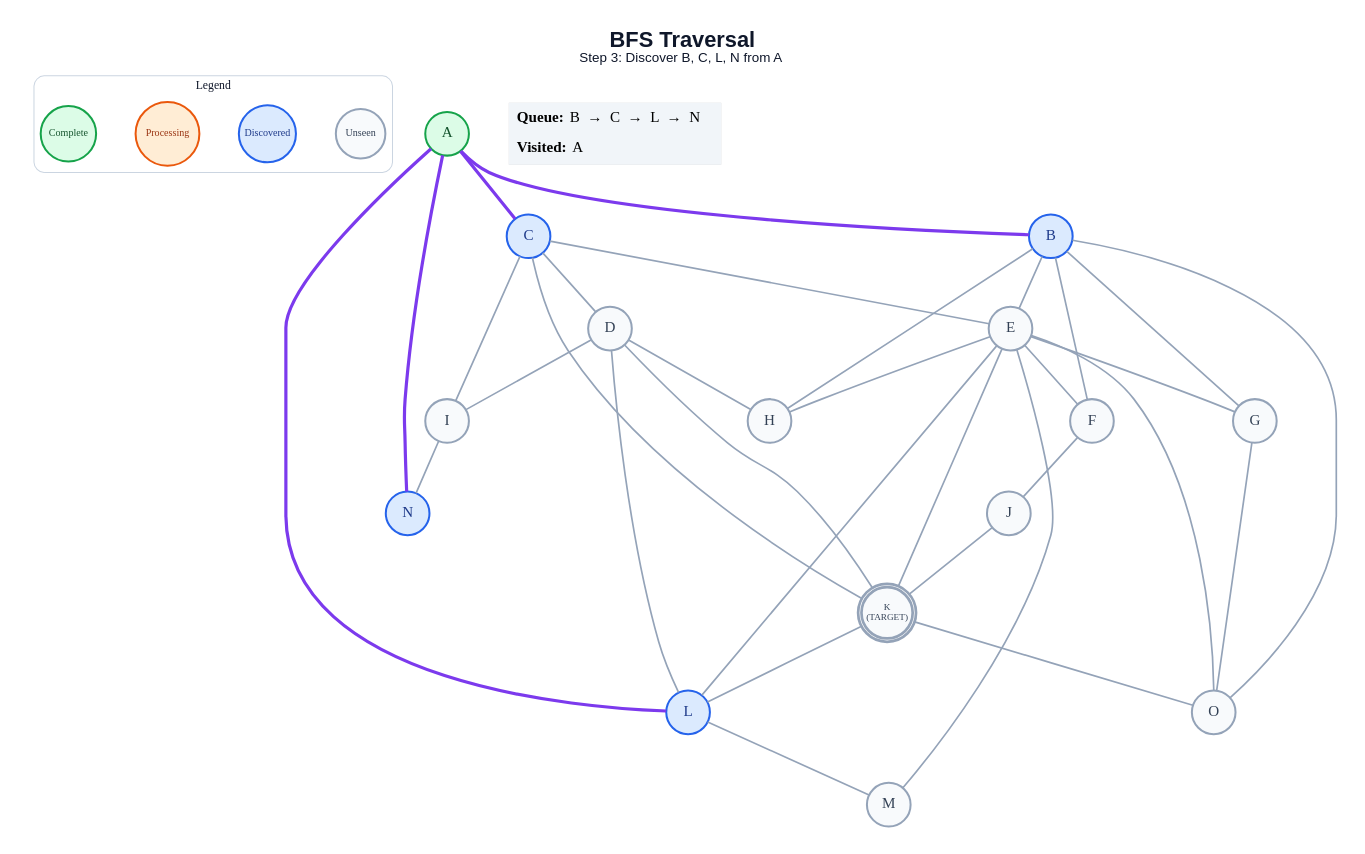
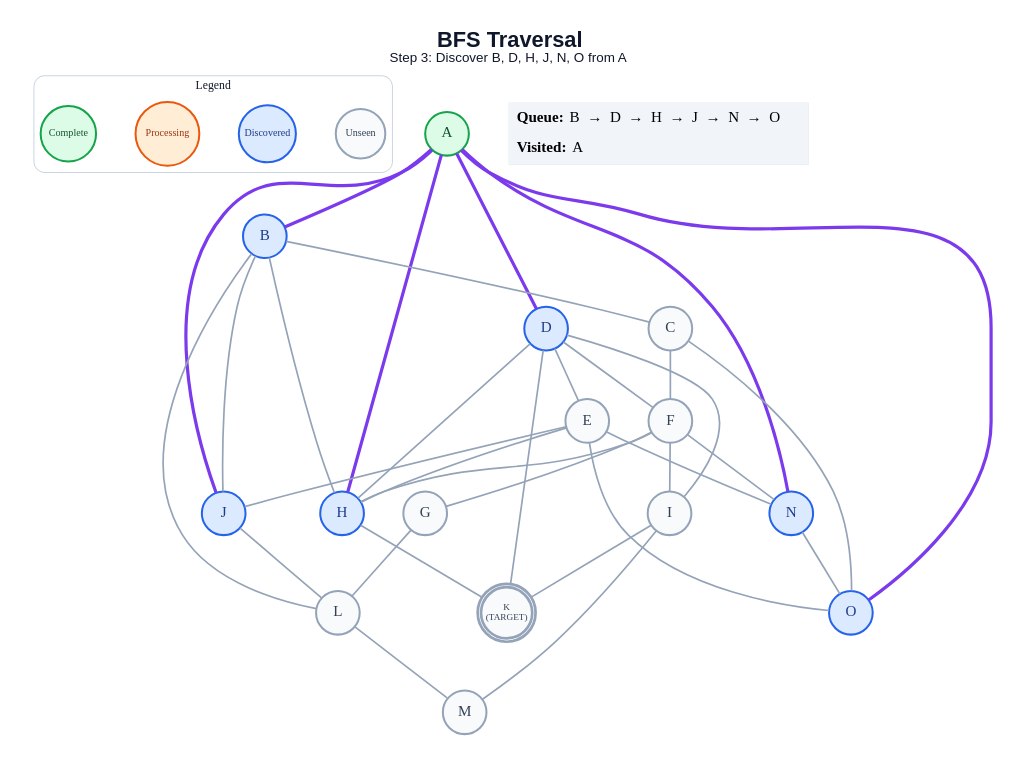
One commit to anon7238593-create/ai-slop changed the diagram in generated/specific-node/bfs/step_03.dot. Above: the diagram before and after it, drawn with Graphviz. The commit also changed 235 other files, not shown here.

```diff
--- a/generated/specific-node/bfs/step_03.dot
+++ b/generated/specific-node/bfs/step_03.dot
@@ -1,65 +1,66 @@
 graph traversal {
   graph [layout=dot, rankdir=TB, bgcolor="#FFFFFF", pad="0.35", nodesep="0.65", ranksep="0.8", fontname="Arial"];
   node [shape=circle, style="filled", fontname="Arial Bold", fontsize=18, width=0.72, fixedsize=true, penwidth=2.4];
   edge [color="#94A3B8", penwidth=2.0];
-  label=<<B>BFS Traversal</B><BR/><FONT POINT-SIZE="16">Step 3: Discover B, C, L, N from A</FONT>>; labelloc="t"; fontsize=26; fontname="Arial"; fontcolor="#0F172A";
+  label=<<B>BFS Traversal</B><BR/><FONT POINT-SIZE="16">Step 3: Discover B, D, H, J, N, O from A</FONT>>; labelloc="t"; fontsize=26; fontname="Arial"; fontcolor="#0F172A";
   subgraph cluster_legend { label="Legend"; color="#CBD5E1"; penwidth=1.2; style="rounded"; fontsize=14; fontname="Arial Bold";
     key_unseen [label="Unseen", fillcolor="#F8FAFC", color="#94A3B8", fontcolor="#334155", fontsize=12, width=0.82];
     key_frontier [label="Discovered", fillcolor="#DBEAFE", color="#2563EB", fontcolor="#1E3A8A", fontsize=12, width=0.95];
     key_current [label="Processing", fillcolor="#FFEDD5", color="#EA580C", fontcolor="#9A3412", fontsize=12, width=1.05];
     key_done [label="Complete", fillcolor="#DCFCE7", color="#16A34A", fontcolor="#14532D", fontsize=12, width=0.92];
     { rank=same; key_unseen; key_frontier; key_current; key_done; }
   }
   A [label="A", fillcolor="#DCFCE7", color="#16A34A", fontcolor="#14532D", peripheries=1, penwidth=2.4];
   B [label="B", fillcolor="#DBEAFE", color="#2563EB", fontcolor="#1E3A8A", peripheries=1, penwidth=2.4];
-  C [label="C", fillcolor="#DBEAFE", color="#2563EB", fontcolor="#1E3A8A", peripheries=1, penwidth=2.4];
-  D [label="D", fillcolor="#F8FAFC", color="#94A3B8", fontcolor="#334155", peripheries=1, penwidth=2.4];
+  C [label="C", fillcolor="#F8FAFC", color="#94A3B8", fontcolor="#334155", peripheries=1, penwidth=2.4];
+  D [label="D", fillcolor="#DBEAFE", color="#2563EB", fontcolor="#1E3A8A", peripheries=1, penwidth=2.4];
   E [label="E", fillcolor="#F8FAFC", color="#94A3B8", fontcolor="#334155", peripheries=1, penwidth=2.4];
   F [label="F", fillcolor="#F8FAFC", color="#94A3B8", fontcolor="#334155", peripheries=1, penwidth=2.4];
   G [label="G", fillcolor="#F8FAFC", color="#94A3B8", fontcolor="#334155", peripheries=1, penwidth=2.4];
-  H [label="H", fillcolor="#F8FAFC", color="#94A3B8", fontcolor="#334155", peripheries=1, penwidth=2.4];
+  H [label="H", fillcolor="#DBEAFE", color="#2563EB", fontcolor="#1E3A8A", peripheries=1, penwidth=2.4];
   I [label="I", fillcolor="#F8FAFC", color="#94A3B8", fontcolor="#334155", peripheries=1, penwidth=2.4];
-  J [label="J", fillcolor="#F8FAFC", color="#94A3B8", fontcolor="#334155", peripheries=1, penwidth=2.4];
+  J [label="J", fillcolor="#DBEAFE", color="#2563EB", fontcolor="#1E3A8A", peripheries=1, penwidth=2.4];
   K [label="K\n(TARGET)", fillcolor="#F8FAFC", color="#94A3B8", fontcolor="#334155", peripheries=2, penwidth=3.2, fontsize=11, width=0.85, height=0.85];
-  L [label="L", fillcolor="#DBEAFE", color="#2563EB", fontcolor="#1E3A8A", peripheries=1, penwidth=2.4];
+  L [label="L", fillcolor="#F8FAFC", color="#94A3B8", fontcolor="#334155", peripheries=1, penwidth=2.4];
   M [label="M", fillcolor="#F8FAFC", color="#94A3B8", fontcolor="#334155", peripheries=1, penwidth=2.4];
   N [label="N", fillcolor="#DBEAFE", color="#2563EB", fontcolor="#1E3A8A", peripheries=1, penwidth=2.4];
-  O [label="O", fillcolor="#F8FAFC", color="#94A3B8", fontcolor="#334155", peripheries=1, penwidth=2.4];
+  O [label="O", fillcolor="#DBEAFE", color="#2563EB", fontcolor="#1E3A8A", peripheries=1, penwidth=2.4];
   A -- B [color="#7C3AED", penwidth=3.8];
-  A -- C [color="#7C3AED", penwidth=3.8];
-  A -- L [color="#7C3AED", penwidth=3.8];
+  A -- D [color="#7C3AED", penwidth=3.8];
+  A -- H [color="#7C3AED", penwidth=3.8];
+  A -- J [color="#7C3AED", penwidth=3.8];
   A -- N [color="#7C3AED", penwidth=3.8];
-  B -- E;
-  B -- F;
-  B -- G;
+  A -- O [color="#7C3AED", penwidth=3.8];
+  B -- C;
   B -- H;
-  B -- O;
-  C -- D;
-  C -- E;
-  C -- I;
-  C -- K;
+  B -- J;
+  B -- L;
+  C -- F;
+  C -- O;
+  D -- E;
+  D -- F;
   D -- H;
   D -- I;
   D -- K;
-  D -- L;
-  E -- F;
-  E -- G;
   E -- H;
-  E -- K;
-  E -- L;
-  E -- M;
+  E -- J;
+  E -- N;
   E -- O;
-  F -- J;
-  G -- O;
-  I -- N;
-  J -- K;
-  K -- L;
-  K -- O;
+  F -- G;
+  F -- H;
+  F -- I;
+  F -- N;
+  G -- L;
+  H -- K;
+  I -- K;
+  I -- M;
+  J -- L;
   L -- M;
+  N -- O;
   status [shape=plain, fixedsize=false, width=0, height=0, margin=0, label=<
     <TABLE BORDER="0" CELLBORDER="0" CELLPADDING="7" BGCOLOR="#F1F5F9">
-      <TR><TD ALIGN="LEFT"><B>Queue:</B> B  →  C  →  L  →  N</TD></TR>
+      <TR><TD ALIGN="LEFT"><B>Queue:</B> B  →  D  →  H  →  J  →  N  →  O</TD></TR>
       <TR><TD ALIGN="LEFT"><B>Visited:</B> A</TD></TR>
     </TABLE>
   >];
 }
```
